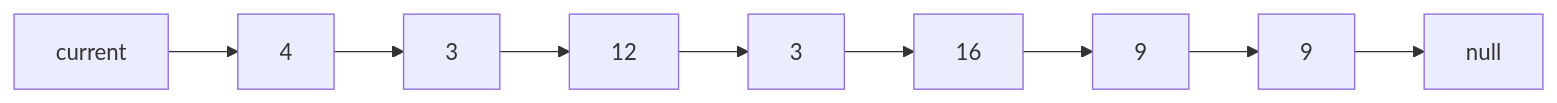
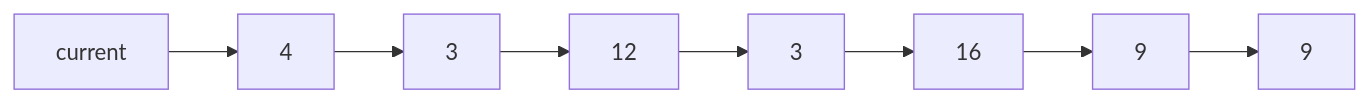
The third of 3 diagrams in remove-duplicates-from-a-linked-list.md (Jeffrey-S-Smith/reading-notes-401), drawn with Mermaid before and after one commit. The commit also changed other lines of this file, not shown here.

````diff
--- a/remove-duplicates-from-a-linked-list.md
+++ b/remove-duplicates-from-a-linked-list.md
@@ -42,10 +42,10 @@
 ```mermaid
     graph LR
   current --> A[4] --> B[3]
     B --> C[12]
     C --> D[3] 
     D --> E[16]
     E --> F[9]
     F --> G[9] 
-    G --> H[null]
+    G 
 ```
````
